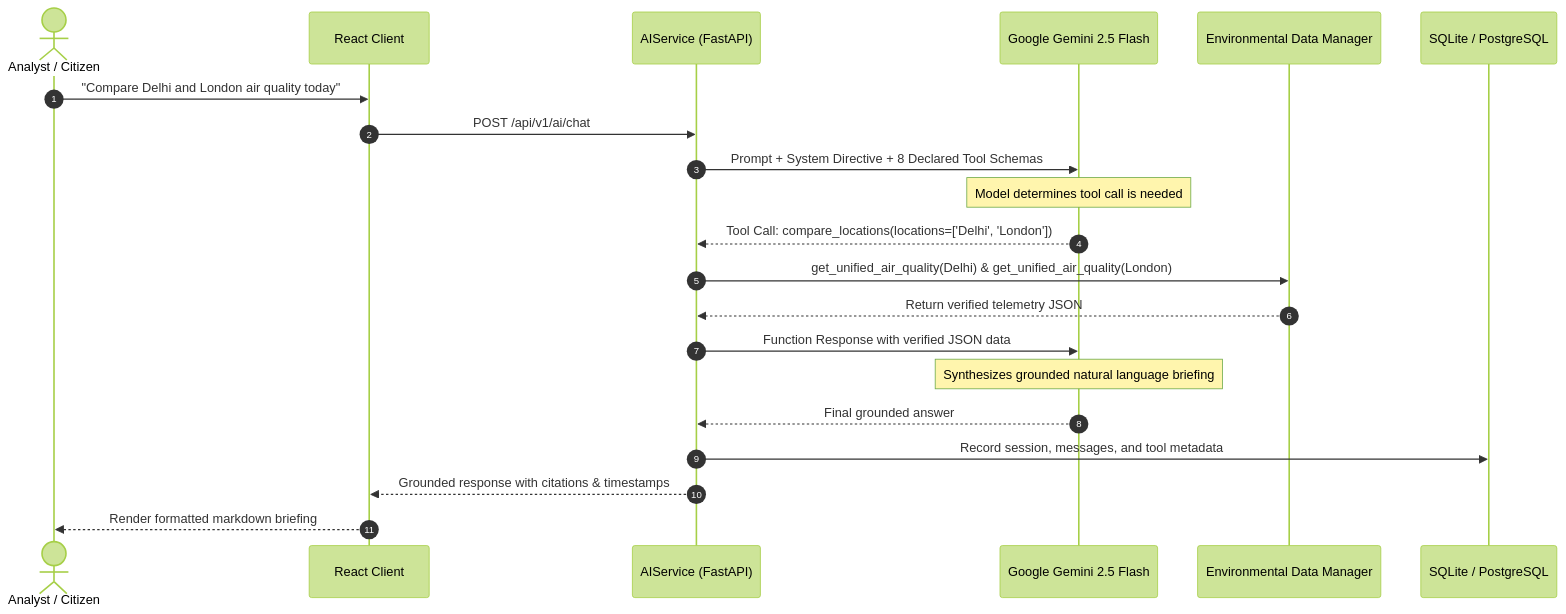
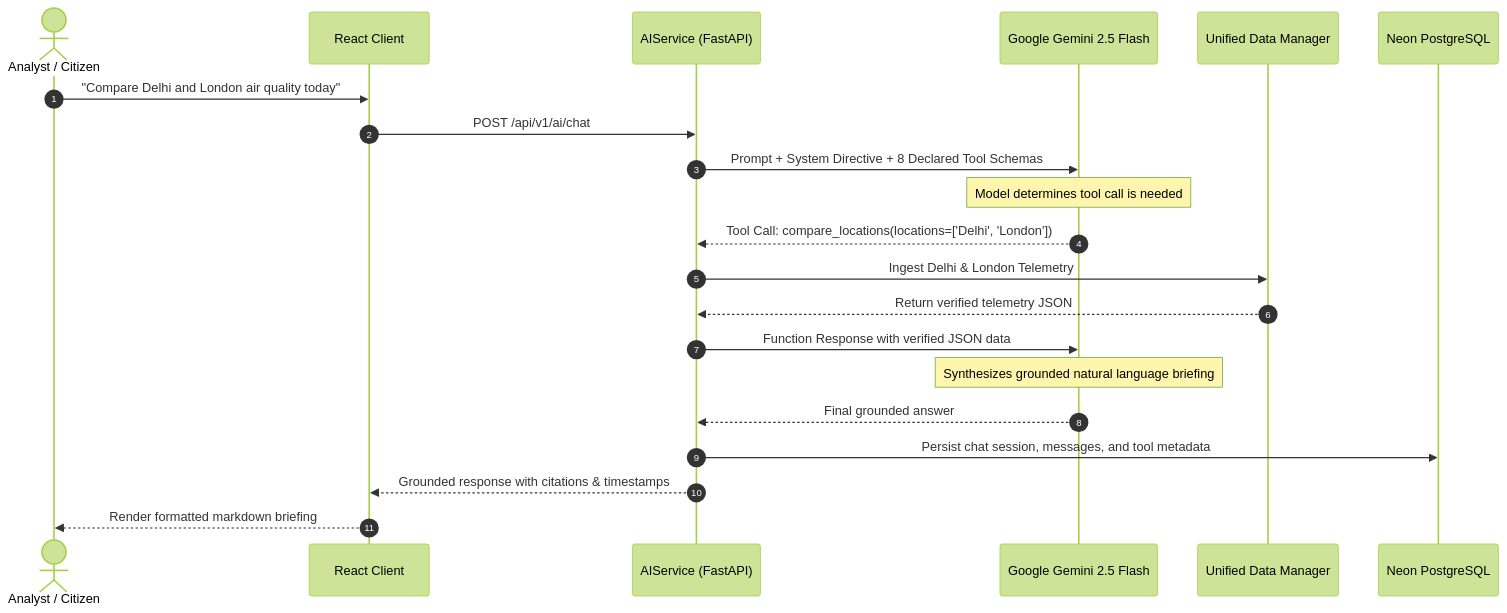
Before and after one commit to ravishrshetty501-stack/aerosense: the second of 3 diagrams in README.md, drawn with Mermaid (forest theme). The commit also changed other lines of this file, not shown here.

````diff
--- a/README.md
+++ b/README.md
@@ -309,24 +323,24 @@
 ```mermaid
 sequenceDiagram
     autonumber
     actor User as Analyst / Citizen
     participant Client as React Client
     participant Orchestrator as AIService (FastAPI)
     participant Gemini as Google Gemini 2.5 Flash
-    participant DataMgr as Environmental Data Manager
-    participant DB as SQLite / PostgreSQL
+    participant DataMgr as Unified Data Manager
+    participant DB as Neon PostgreSQL
 
     User->>Client: "Compare Delhi and London air quality today"
     Client->>Orchestrator: POST /api/v1/ai/chat
     Orchestrator->>Gemini: Prompt + System Directive + 8 Declared Tool Schemas
     Note over Gemini: Model determines tool call is needed
     Gemini-->>Orchestrator: Tool Call: compare_locations(locations=['Delhi', 'London'])
-    Orchestrator->>DataMgr: get_unified_air_quality(Delhi) & get_unified_air_quality(London)
+    Orchestrator->>DataMgr: Ingest Delhi & London Telemetry
     DataMgr-->>Orchestrator: Return verified telemetry JSON
     Orchestrator->>Gemini: Function Response with verified JSON data
     Note over Gemini: Synthesizes grounded natural language briefing
     Gemini-->>Orchestrator: Final grounded answer
-    Orchestrator->>DB: Record session, messages, and tool metadata
+    Orchestrator->>DB: Persist chat session, messages, and tool metadata
     Orchestrator-->>Client: Grounded response with citations & timestamps
     Client-->>User: Render formatted markdown briefing
 ```
````
